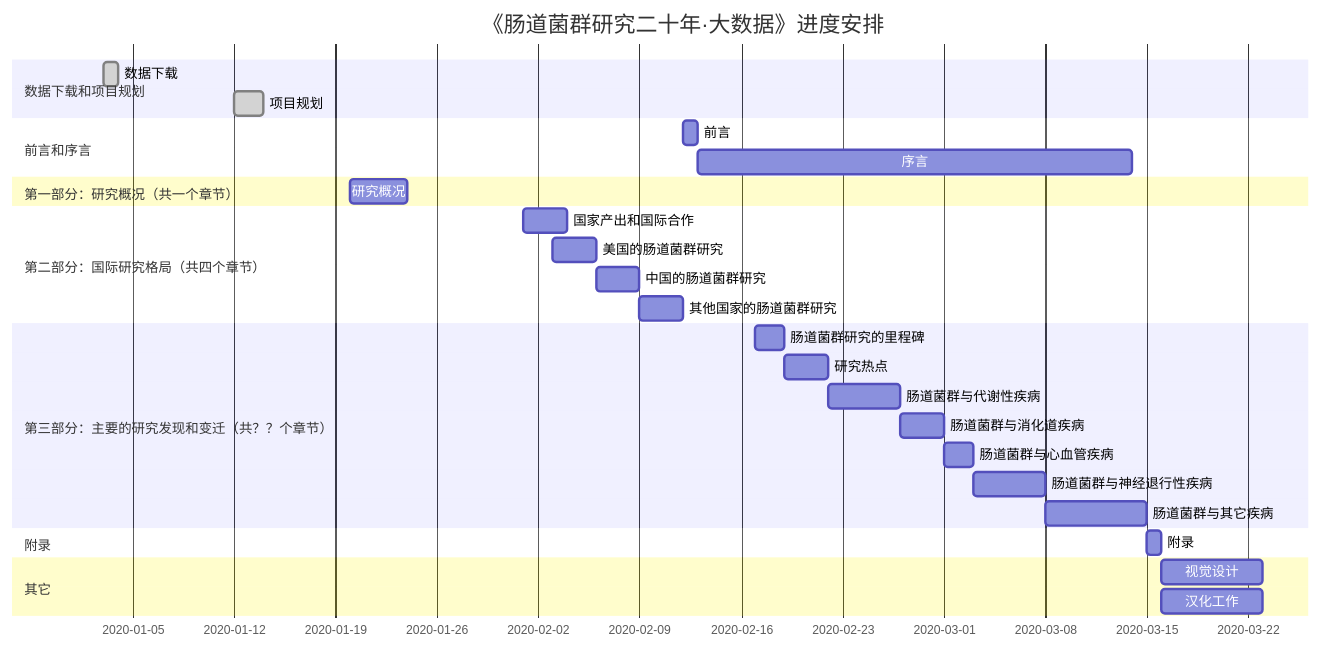
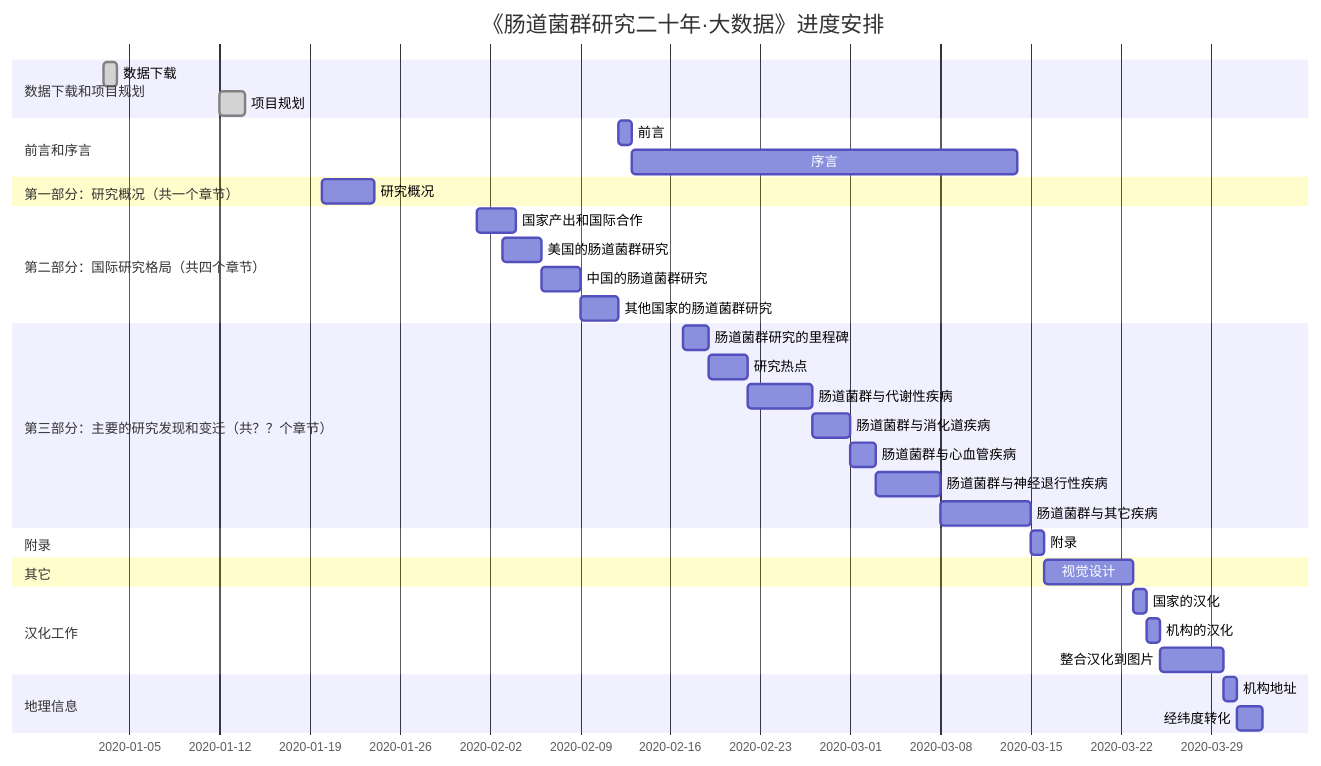
Before and after one commit to gaospecial/gut-microbiome-20yrs: the diagram in timeline.md, drawn with Mermaid. The commit also changed 6 other files, not shown here.

````diff
--- a/timeline.md
+++ b/timeline.md
@@ -16,41 +16,49 @@
 ```mermaid
 
 gantt
 dateFormat YYYY-M-D
 title 《肠道菌群研究二十年·大数据》进度安排
 
 section 数据下载和项目规划
 数据下载: done, 2020-1-3, 1d
 项目规划: done, 2020-1-12, 2d
 
 section 前言和序言
 前言: des1, after des7, 1d
 序言: des2, after des1, 30d
 
 section 第一部分：研究概况（共一个章节）
 研究概况: des3, 2020-1-20, 4d
 
 section 第二部分：国际研究格局（共四个章节）
 国家产出和国际合作: des4, 2020-2-1, 3d
 美国的肠道菌群研究: des5, 2020-2-3, 3d
 中国的肠道菌群研究: des6, after des5,3d
 其他国家的肠道菌群研究: des7, after des6,3d
 
 section 第三部分：主要的研究发现和变迁（共？？个章节）
 肠道菌群研究的里程碑: des8, 2020-2-17, 2d
 研究热点: des9, after des8, 3d
 肠道菌群与代谢性疾病: des10, after des9, 5d
 肠道菌群与消化道疾病: des11, after des10, 3d
 肠道菌群与心血管疾病: des12, after des11, 2d
 肠道菌群与神经退行性疾病: des13, after des12, 5d
 肠道菌群与其它疾病: des14, after des13, 7d
 
 section 附录
 附录: des15, after des14, 1d
 
 section 其它
 视觉设计: des16, after des15, 7d
-汉化工作: des17, after des15, 7d
+
+section 汉化工作
+国家的汉化: des17, after des16, 1d
+机构的汉化: des18, after des17, 1d
+整合汉化到图片: des19, after des18, 5d
+
+section 地理信息
+机构地址: des20, after des19, 1d
+经纬度转化: des21,after des20, 2d
 
 
 ```
````
